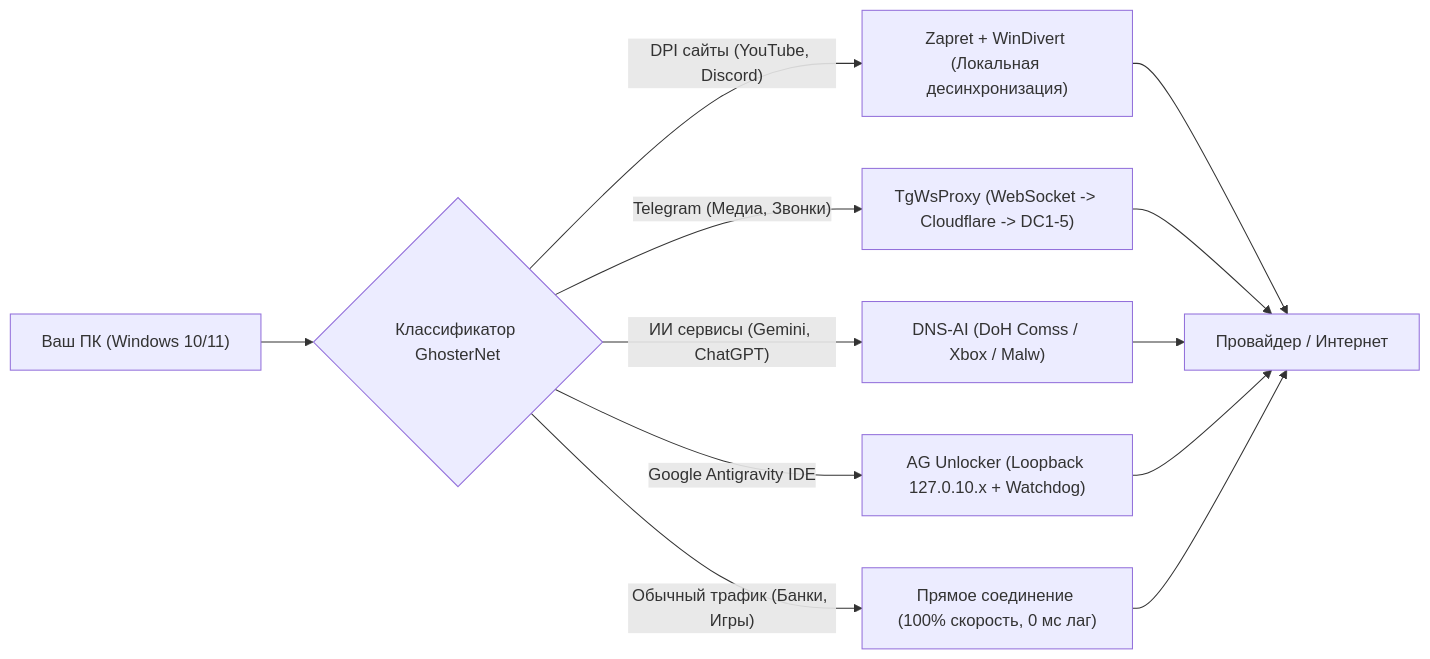
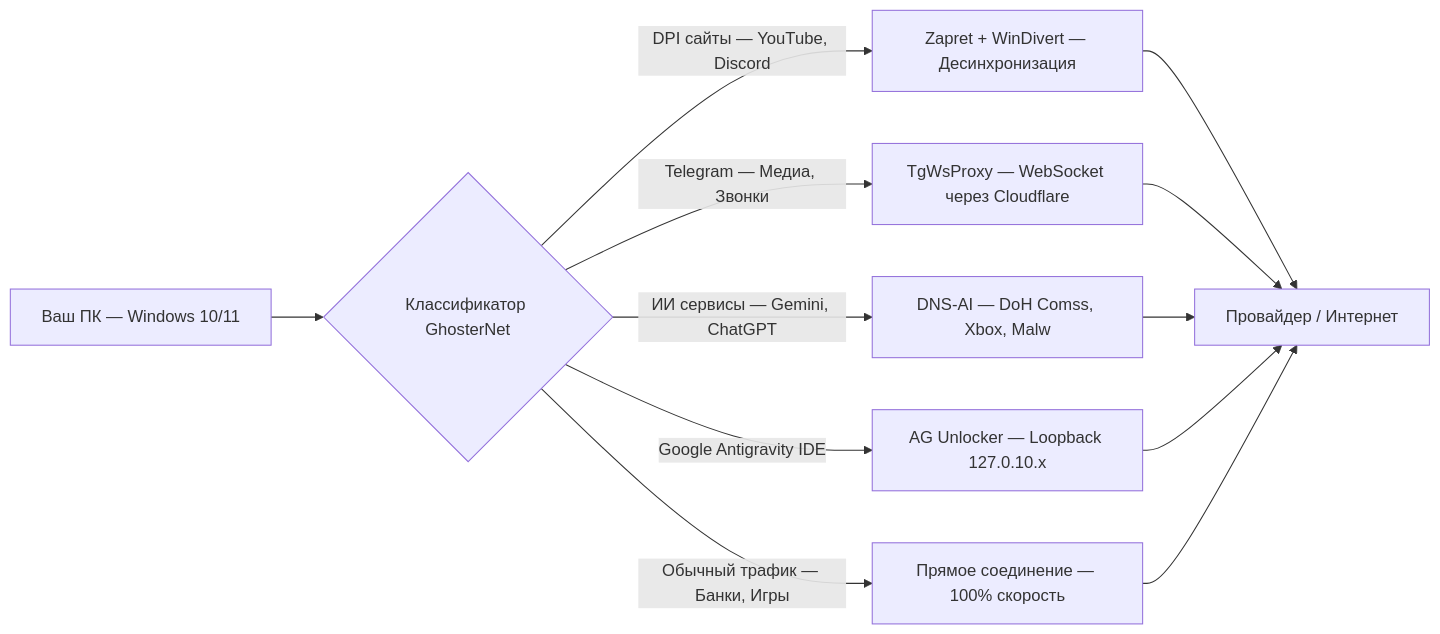
Before and after one commit to GhosterAI/GhosterNetApp: the first of 6 diagrams in README.md, drawn with Mermaid. The commit also changed other lines of this file, not shown here.

Commit message:
fix(docs): resolve Mermaid syntax parse error in architecture diagrams

````diff
--- a/README.md
+++ b/README.md
@@ -72,15 +72,15 @@
 ```mermaid
 flowchart LR
-    A["Ваш ПК (Windows 10/11)"] --> B{"Классификатор GhosterNet"}
-    B -->|"DPI сайты (YouTube, Discord)"| C["Zapret + WinDivert (Локальная десинхронизация)"]
-    B -->|"Telegram (Медиа, Звонки)"| D["TgWsProxy (WebSocket -> Cloudflare -> DC1-5)"]
-    B -->|"ИИ сервисы (Gemini, ChatGPT)"| E["DNS-AI (DoH Comss / Xbox / Malw)"]
-    B -->|"Google Antigravity IDE"| F["AG Unlocker (Loopback 127.0.10.x + Watchdog)"]
-    B -->|"Обычный трафик (Банки, Игры)"| G["Прямое соединение (100% скорость, 0 мс лаг)"]
+    A["Ваш ПК — Windows 10/11"] --> B{"Классификатор GhosterNet"}
+    B -->|"DPI сайты — YouTube, Discord"| C["Zapret + WinDivert — Десинхронизация"]
+    B -->|"Telegram — Медиа, Звонки"| D["TgWsProxy — WebSocket через Cloudflare"]
+    B -->|"ИИ сервисы — Gemini, ChatGPT"| E["DNS-AI — DoH Comss, Xbox, Malw"]
+    B -->|"Google Antigravity IDE"| F["AG Unlocker — Loopback 127.0.10.x"]
+    B -->|"Обычный трафик — Банки, Игры"| G["Прямое соединение — 100% скорость"]
 
     C --> H["Провайдер / Интернет"]
     D --> H
     E --> H
     F --> H
     G --> H
 ```
````
